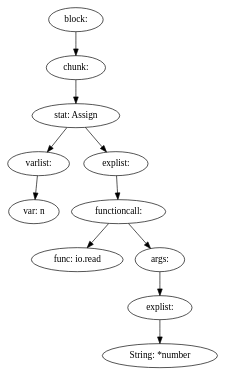
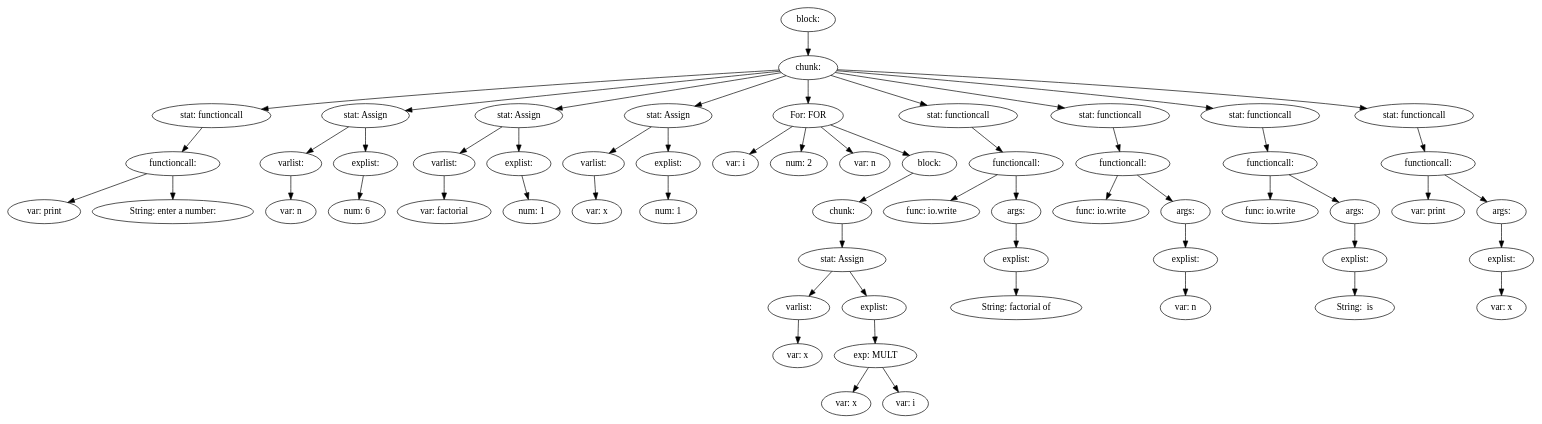
One commit to Inkaru/compiler changed the diagram in ass1-int/source.md. Above: the diagram before and after it, drawn with Graphviz. The commit also changed 6 other files, not shown here.

````diff
--- a/ass1-int/source.md
+++ b/ass1-int/source.md
@@ -1,25 +1,119 @@
 ```graphviz
 digraph {
-11 [label="block: "];
-11 -> 10
-10 [label="chunk: "];
-10 -> 9
+60 [label="block: "];
+60 -> 4
+4 [label="chunk: "];
+4 -> 3
+4 -> 9
+4 -> 14
+4 -> 19
+4 -> 32
+4 -> 39
+4 -> 46
+4 -> 53
+4 -> 59
+3 [label="stat: functioncall"];
+3 -> 2
+2 [label="functioncall: "];
+2 -> 0
+2 -> 1
+0 [label="var: print"];
+1 [label="String: enter a number:"];
 9 [label="stat: Assign"];
-9 -> 1
+9 -> 6
 9 -> 8
-1 [label="varlist: "];
-1 -> 0
-0 [label="var: n"];
+6 [label="varlist: "];
+6 -> 5
+5 [label="var: n"];
 8 [label="explist: "];
 8 -> 7
-7 [label="functioncall: "];
-7 -> 3
-7 -> 6
-3 [label="func: io.read"];
-6 [label="args: "];
-6 -> 5
-5 [label="explist: "];
-5 -> 4
-4 [label="String: *number"];
+7 [label="num: 6"];
+14 [label="stat: Assign"];
+14 -> 11
+14 -> 13
+11 [label="varlist: "];
+11 -> 10
+10 [label="var: factorial"];
+13 [label="explist: "];
+13 -> 12
+12 [label="num: 1"];
+19 [label="stat: Assign"];
+19 -> 16
+19 -> 18
+16 [label="varlist: "];
+16 -> 15
+15 [label="var: x"];
+18 [label="explist: "];
+18 -> 17
+17 [label="num: 1"];
+32 [label="For: FOR"];
+32 -> 31
+32 -> 20
+32 -> 21
+32 -> 30
+31 [label="var: i"];
+20 [label="num: 2"];
+21 [label="var: n"];
+30 [label="block: "];
+30 -> 29
+29 [label="chunk: "];
+29 -> 28
+28 [label="stat: Assign"];
+28 -> 23
+28 -> 27
+23 [label="varlist: "];
+23 -> 22
+22 [label="var: x"];
+27 [label="explist: "];
+27 -> 26
+26 [label="exp: MULT"];
+26 -> 24
+26 -> 25
+24 [label="var: x"];
+25 [label="var: i"];
+39 [label="stat: functioncall"];
+39 -> 38
+38 [label="functioncall: "];
+38 -> 34
+38 -> 37
+34 [label="func: io.write"];
+37 [label="args: "];
+37 -> 36
+36 [label="explist: "];
+36 -> 35
+35 [label="String: factorial of "];
+46 [label="stat: functioncall"];
+46 -> 45
+45 [label="functioncall: "];
+45 -> 41
+45 -> 44
+41 [label="func: io.write"];
+44 [label="args: "];
+44 -> 43
+43 [label="explist: "];
+43 -> 42
+42 [label="var: n"];
+53 [label="stat: functioncall"];
+53 -> 52
+52 [label="functioncall: "];
+52 -> 48
+52 -> 51
+48 [label="func: io.write"];
+51 [label="args: "];
+51 -> 50
+50 [label="explist: "];
+50 -> 49
+49 [label="String:  is "];
+59 [label="stat: functioncall"];
+59 -> 58
+58 [label="functioncall: "];
+58 -> 54
+58 -> 57
+54 [label="var: print"];
+57 [label="args: "];
+57 -> 56
+56 [label="explist: "];
+56 -> 55
+55 [label="var: x"];
 }
 ```
````
